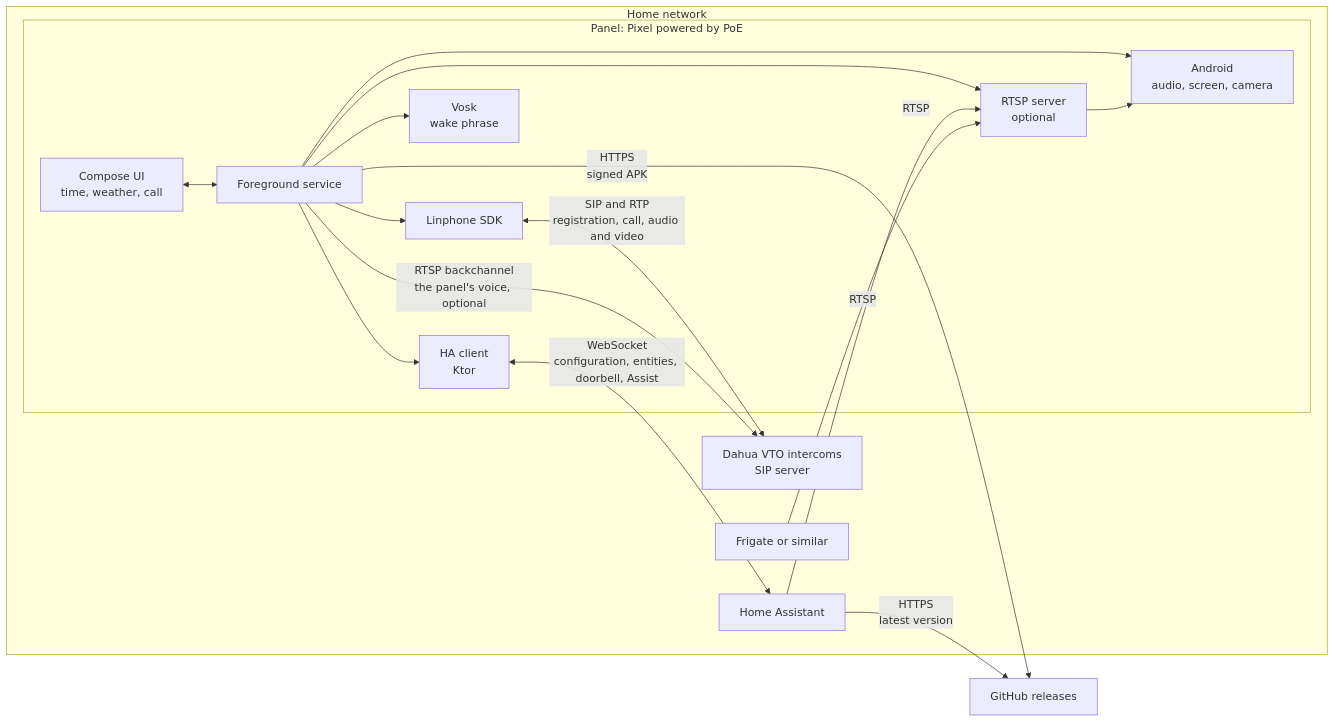
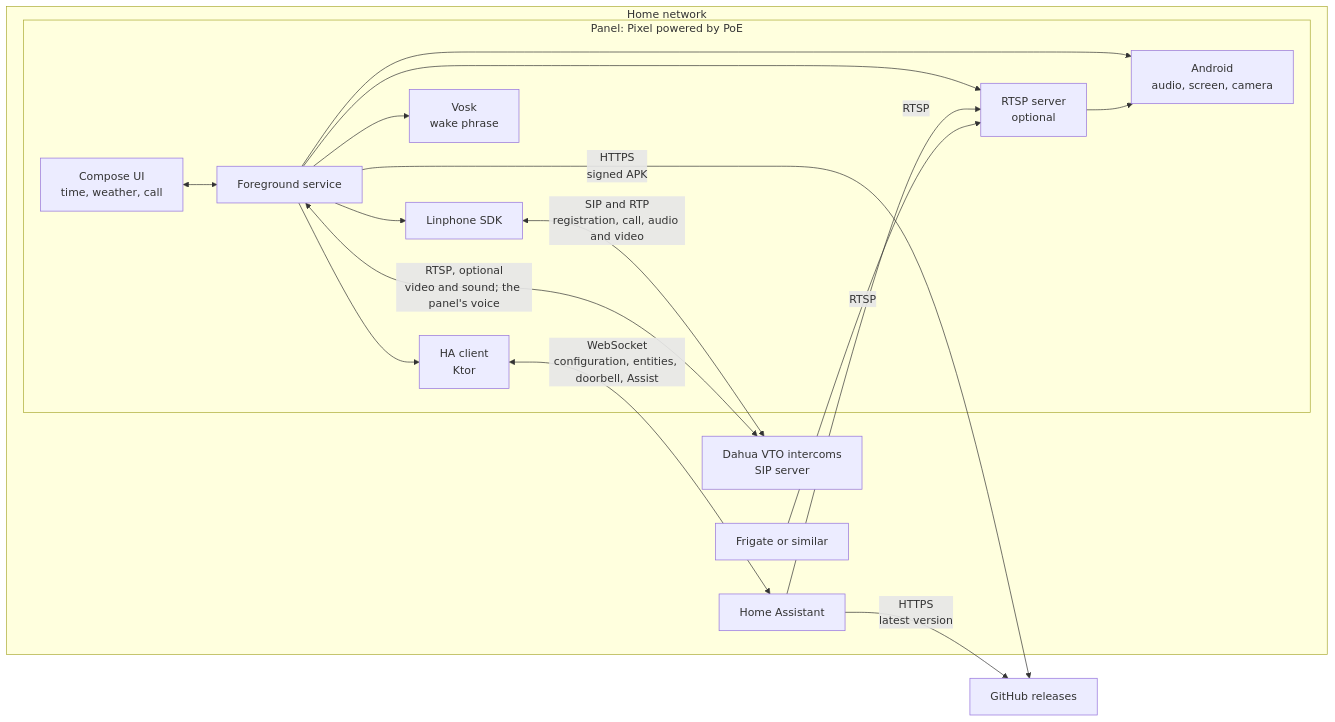
The diagram in README.md (xoadev/marc2d), drawn with Mermaid before and after one commit. The commit also changed other lines of this file and 18 other files, not shown here.

First line of the commit message:
feat: Take the intercom's video, sound and voice over RTSP

````diff
--- a/README.md
+++ b/README.md
@@ -39,32 +39,32 @@
 ```mermaid
 flowchart LR
     subgraph home["Home network"]
         subgraph panel["Panel: Pixel powered by PoE"]
             ui["Compose UI<br/>time, weather, call"]
             svc["Foreground service"]
             sip["Linphone SDK"]
             hac["HA client<br/>Ktor"]
             rtsp["RTSP server<br/>optional"]
             voice["Vosk<br/>wake phrase"]
             sys["Android<br/>audio, screen, camera"]
         end
         vto["Dahua VTO intercoms<br/>SIP server"]
         ha["Home Assistant"]
         frigate["Frigate or similar"]
     end
 
     ui <--> svc
     svc --> sip
     svc --> hac
     svc --> rtsp
     svc --> voice
     svc --> sys
     rtsp --> sys
     sip <-- "SIP and RTP<br/>registration, call, audio and video" --> vto
-    svc -- "RTSP backchannel<br/>the panel's voice, optional" --> vto
+    svc <-- "RTSP, optional<br/>video and sound; the panel's voice" --> vto
     hac <-- "WebSocket<br/>configuration, entities, doorbell, Assist" --> ha
     ha -- "RTSP" --> rtsp
     frigate -- "RTSP" --> rtsp
     ha -- "HTTPS<br/>latest version" --> github["GitHub releases"]
     svc -- "HTTPS<br/>signed APK" --> github
 ```
````
